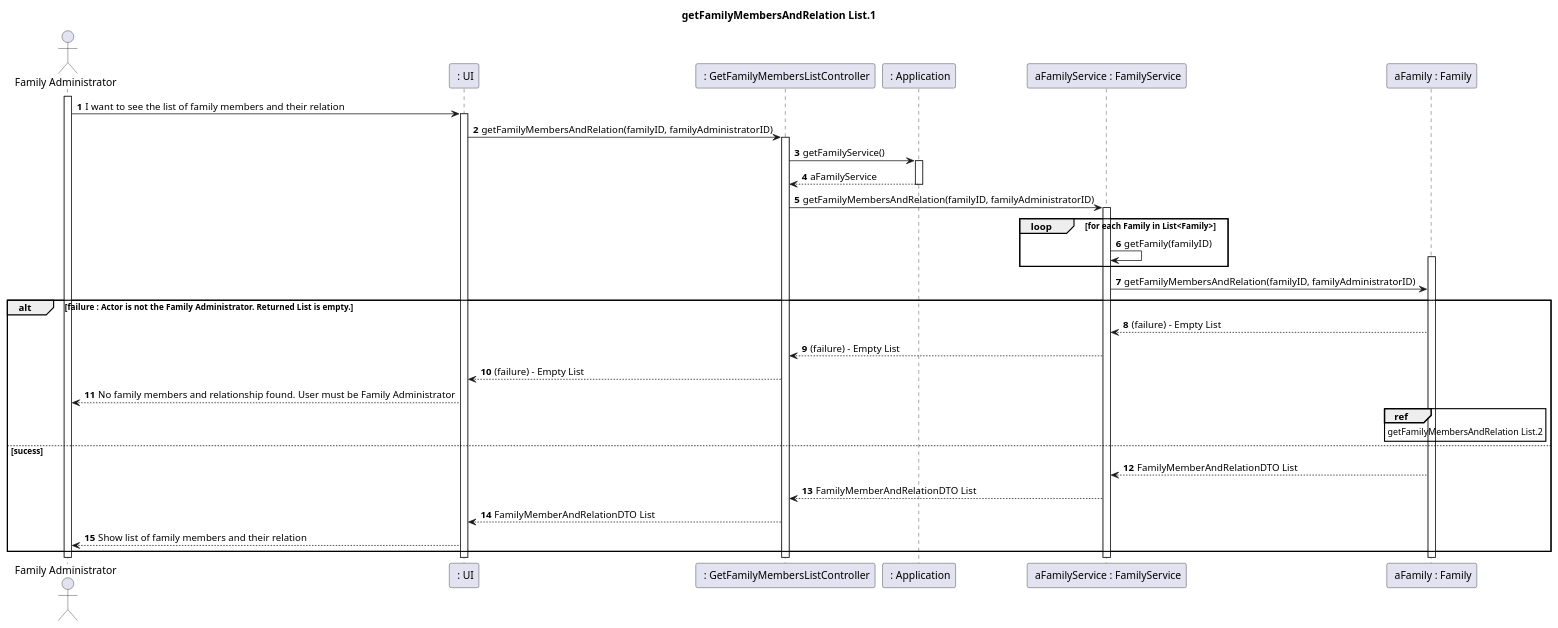
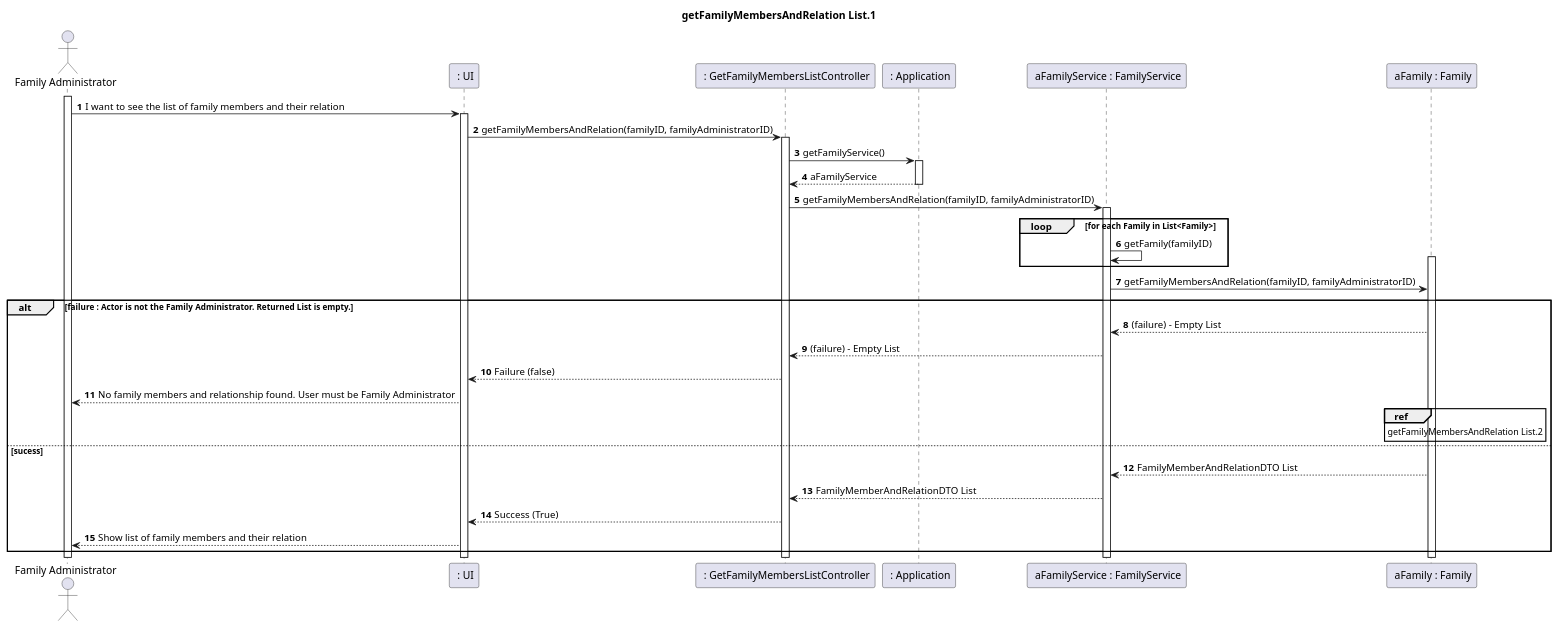
One commit to tomas-osswald/switch_2020_g3 changed the first of 3 diagrams in docs/sprint1/user_stories/US104_GetFamilyMembersAndRelation.md. Above: the diagram before and after it, drawn with PlantUML.

`````diff
--- a/docs/sprint1/user_stories/US104_GetFamilyMembersAndRelation.md
+++ b/docs/sprint1/user_stories/US104_GetFamilyMembersAndRelation.md
@@ -33,62 +33,62 @@
 ````puml
 @startuml
 
 ' startuml é syntax para iniciar esquema em PlantUML
 
 ' autonumber é auto-explicativo
 ' actor é syntax de ator. participant é syntax de uma Lifeline
 ' "as" define alias que queremos dar ao participant ou actor
 
 autonumber
 title getFamilyMembersAndRelation List.1
 actor "Family Administrator" as actor
 participant " : UI" as UI
 participant " : GetFamilyMembersListController" as controller
 participant " : Application" as application
 participant " aFamilyService : FamilyService" as service
 participant " aFamily : Family" as family
 
 /' Comentário: activate é a syntax para ativar lifeline "preenchida" (Não tracejada). 
     Activate só deve ser inserido no momento em que se quer ativar a lifeline preenchida
 '/
 
 activate actor
 actor -> UI : I want to see the list of family members and their relation
 activate UI
 UI -> controller : getFamilyMembersAndRelation(familyID, familyAdministratorID)
 activate controller
 controller -> application : getFamilyService()
 activate application
 application --> controller : aFamilyService
 deactivate application
 controller -> service :  getFamilyMembersAndRelation(familyID, familyAdministratorID)
 activate service
 loop for each Family in List<Family>
 service -> service : getFamily(familyID)
 activate family
 end
 
 
 service -> family : getFamilyMembersAndRelation(familyID, familyAdministratorID)
 
 
 alt failure : Actor is not the Family Administrator. Returned List is empty.
 family --> service : (failure) - Empty List
 service --> controller : (failure) - Empty List
-controller --> UI : (failure) - Empty List
+controller --> UI : Failure (false)
 UI --> actor  : No family members and relationship found. User must be Family Administrator
 ref over family 
 getFamilyMembersAndRelation List.2
 end ref
 
 else sucess
 family --> service : FamilyMemberAndRelationDTO List
 service --> controller : FamilyMemberAndRelationDTO List
-controller --> UI : FamilyMemberAndRelationDTO List
+controller --> UI : Success (True)
 UI --> actor : Show list of family members and their relation
 
 
 end
 
 @enduml
 ````
`````
